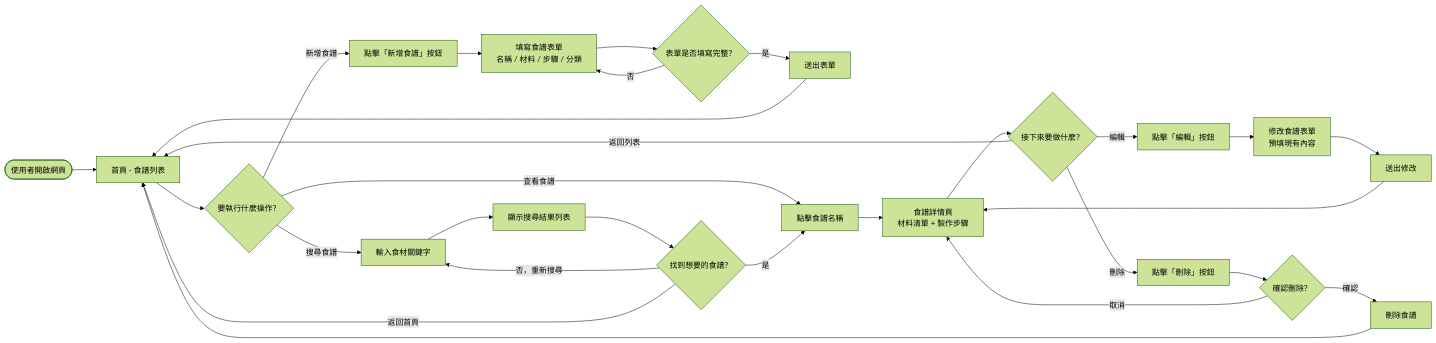
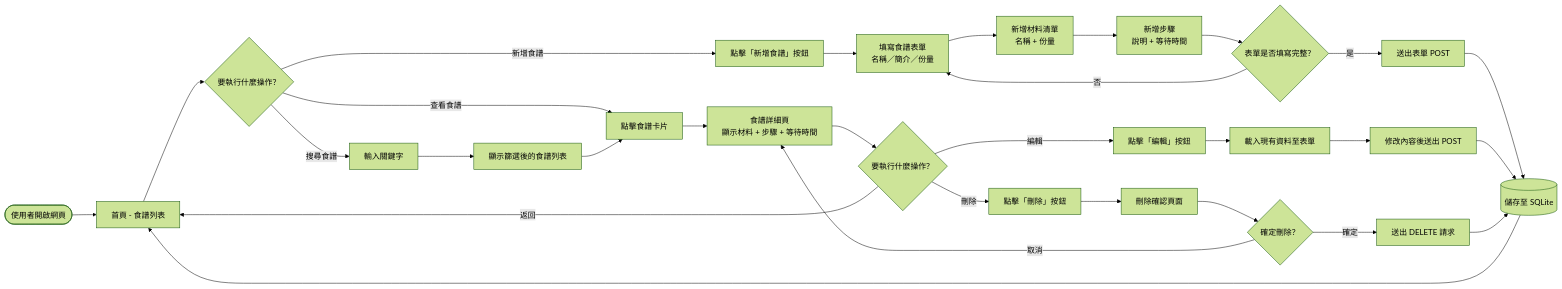
One commit to d1463704/web_app_development changed the first of 4 diagrams in docs/FLOWCHART.md. Above: the diagram before and after it, drawn with Mermaid (forest theme). The commit also changed other lines of this file, not shown here.

Commit message:
docs: add user flowchart

````diff
--- a/docs/FLOWCHART.md
+++ b/docs/FLOWCHART.md
@@ -11,41 +7,38 @@
 ```mermaid
 flowchart LR
     A([使用者開啟網頁]) --> B[首頁 - 食譜列表]
 
     B --> C{要執行什麼操作？}
 
-    %% 新增食譜
     C -->|新增食譜| D[點擊「新增食譜」按鈕]
-    D --> E[填寫食譜表單<br>名稱 / 材料 / 步驟 / 分類]
-    E --> F{表單是否填寫完整？}
-    F -->|否| E
-    F -->|是| G[送出表單]
-    G --> B
+    D --> E[填寫食譜表單\n名稱／簡介／份量]
+    E --> F[新增材料清單\n名稱 + 份量]
+    F --> G[新增步驟\n說明 + 等待時間]
+    G --> H{表單是否填寫完整？}
+    H -->|否| E
+    H -->|是| I[送出表單 POST]
+    I --> J[(儲存至 SQLite)]
+    J --> B
 
-    %% 查看食譜
-    C -->|查看食譜| H[點擊食譜名稱]
-    H --> I[食譜詳情頁<br>材料清單 + 製作步驟]
-    I --> J{接下來要做什麼？}
-    J -->|返回列表| B
-    J -->|編輯| K[點擊「編輯」按鈕]
-    J -->|刪除| N[點擊「刪除」按鈕]
+    C -->|查看食譜| K[點擊食譜卡片]
+    K --> L[食譜詳細頁\n顯示材料 + 步驟 + 等待時間]
+    L --> M{要執行什麼操作？}
 
-    %% 編輯食譜
-    K --> L[修改食譜表單<br>預填現有內容]
-    L --> M[送出修改]
-    M --> I
+    M -->|編輯| N[點擊「編輯」按鈕]
+    N --> O[載入現有資料至表單]
+    O --> P[修改內容後送出 POST]
+    P --> J
 
-    %% 刪除食譜
-    N --> O{確認刪除？}
-    O -->|取消| I
-    O -->|確認| P[刪除食譜]
-    P --> B
+    M -->|刪除| Q[點擊「刪除」按鈕]
+    Q --> R[刪除確認頁面]
+    R --> S{確定刪除？}
+    S -->|取消| L
+    S -->|確定| T[送出 DELETE 請求]
+    T --> J
 
-    %% 搜尋食譜
-    C -->|搜尋食譜| Q[輸入食材關鍵字]
-    Q --> R[顯示搜尋結果列表]
-    R --> S{找到想要的食譜？}
-    S -->|是| H
-    S -->|否，重新搜尋| Q
-    S -->|返回首頁| B
+    M -->|返回| B
+
+    C -->|搜尋食譜| U[輸入關鍵字]
+    U --> V[顯示篩選後的食譜列表]
+    V --> K
 ```
````
